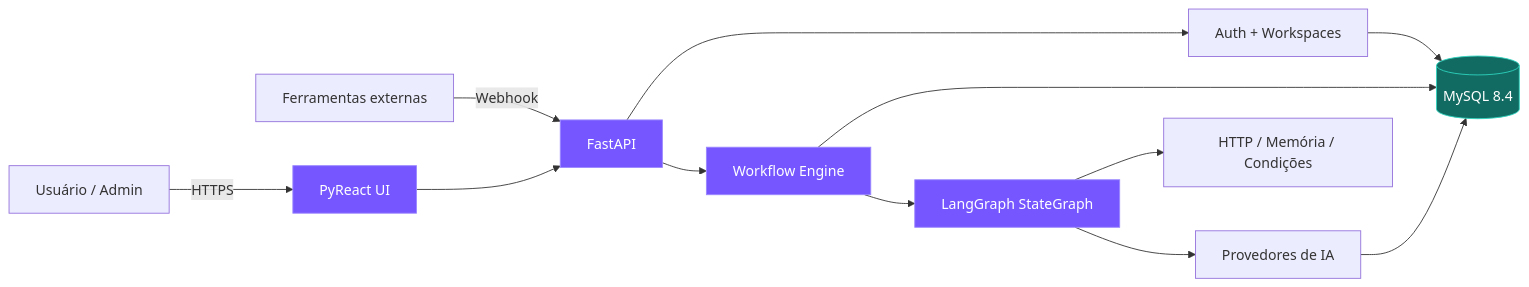
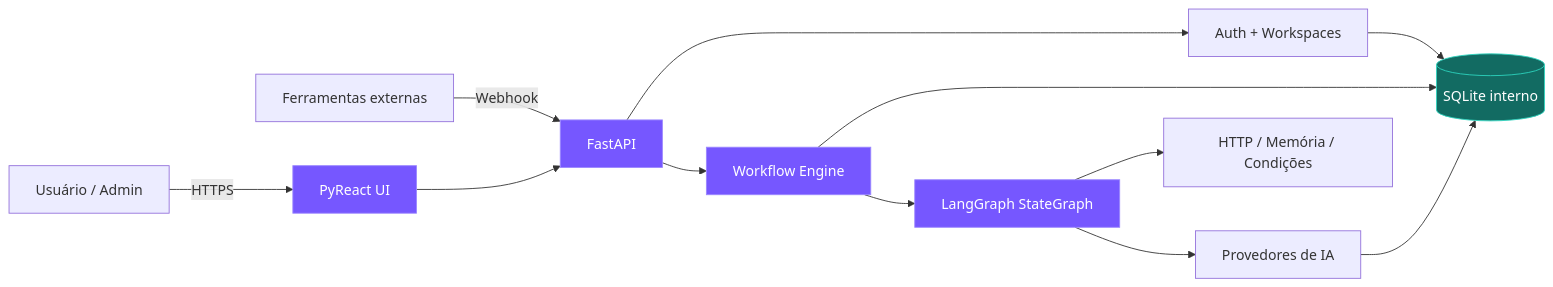
One commit to wanbnn/agenticflow changed the first of 2 diagrams in README.md. Above: the diagram before and after it, drawn with Mermaid. The commit also changed other lines of this file and 30 other files, not shown here.

````diff
--- a/README.md
+++ b/README.md
@@ -292,19 +387,19 @@
 ```mermaid
 flowchart LR
     U["Usuário / Admin"] -->|HTTPS| UI["PyReact UI"]
     EXT["Ferramentas externas"] -->|Webhook| API["FastAPI"]
     UI --> API
     API --> AUTH["Auth + Workspaces"]
     API --> ENGINE["Workflow Engine"]
     ENGINE --> LG["LangGraph StateGraph"]
     LG --> PROVIDERS["Provedores de IA"]
     LG --> TOOLS["HTTP / Memória / Condições"]
-    AUTH --> DB[("MySQL 8.4")]
+    AUTH --> DB[("SQLite interno")]
     ENGINE --> DB
     PROVIDERS --> DB
 
     classDef core fill:#7657ff,color:#fff,stroke:#9b87ff;
     classDef data fill:#126b62,color:#fff,stroke:#2dd4bf;
     class UI,API,ENGINE,LG core;
     class DB data;
 ```
````
